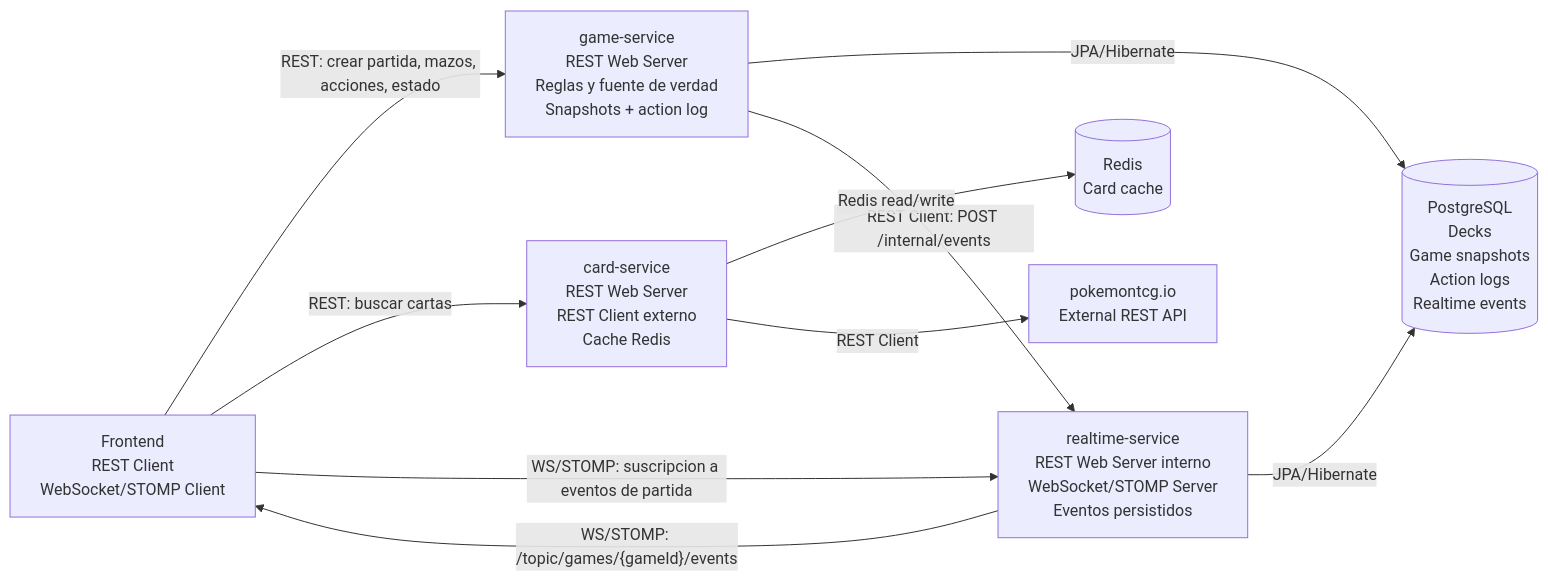
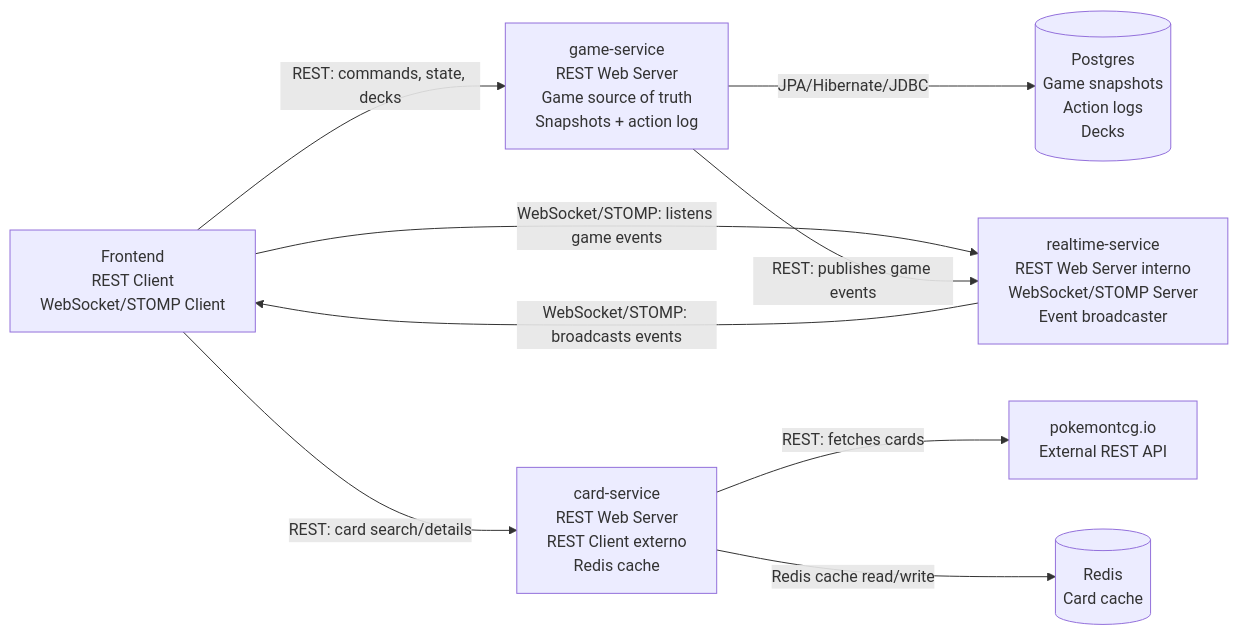
Before and after one commit to FranciscoRodriguezPons-114633/POKEMON-TCG: the first of 2 diagrams in README.md, drawn with Mermaid. The commit also changed other lines of this file, not shown here.

Commit message:
README.md

````diff
--- a/README.md
+++ b/README.md
@@ -52,29 +52,28 @@
 ```mermaid
 flowchart LR
     FE["Frontend\nREST Client\nWebSocket/STOMP Client"]
 
-    GS["game-service\nREST Web Server\nReglas y fuente de verdad\nSnapshots + action log"]
+    GS["game-service\nREST Web Server\nGame source of truth\nSnapshots + action log"]
 
-    RTS["realtime-service\nREST Web Server interno\nWebSocket/STOMP Server\nEventos persistidos"]
+    RTS["realtime-service\nREST Web Server interno\nWebSocket/STOMP Server\nEvent broadcaster"]
 
-    CS["card-service\nREST Web Server\nREST Client externo\nCache Redis"]
+    CS["card-service\nREST Web Server\nREST Client externo\nRedis cache"]
 
-    PG[("PostgreSQL\nDecks\nGame snapshots\nAction logs\nRealtime events")]
+    PG[("Postgres\nGame snapshots\nAction logs\nDecks")]
 
     REDIS[("Redis\nCard cache")]
 
-    API["pokemontcg.io\nExternal REST API"]
+    EXT["pokemontcg.io\nExternal REST API"]
 
-    FE -- "REST: crear partida, mazos, acciones, estado" --> GS
-    FE -- "REST: buscar cartas" --> CS
-    FE -- "WS/STOMP: suscripcion a eventos de partida" --> RTS
+    FE -- "REST: commands, state, decks" --> GS
+    FE -- "REST: card search/details" --> CS
+    FE -- "WebSocket/STOMP: listens game events" --> RTS
 
-    GS -- "JPA/Hibernate" --> PG
-    GS -- "REST Client: POST /internal/events" --> RTS
+    GS -- "JPA/Hibernate/JDBC" --> PG
+    GS -- "REST: publishes game events" --> RTS
 
-    RTS -- "JPA/Hibernate" --> PG
-    RTS -- "WS/STOMP: /topic/games/{gameId}/events" --> FE
+    RTS -- "WebSocket/STOMP: broadcasts events" --> FE
 
-    CS -- "Redis read/write" --> REDIS
-    CS -- "REST Client" --> API
+    CS -- "REST: fetches cards" --> EXT
+    CS -- "Redis cache read/write" --> REDIS
 ```
````
